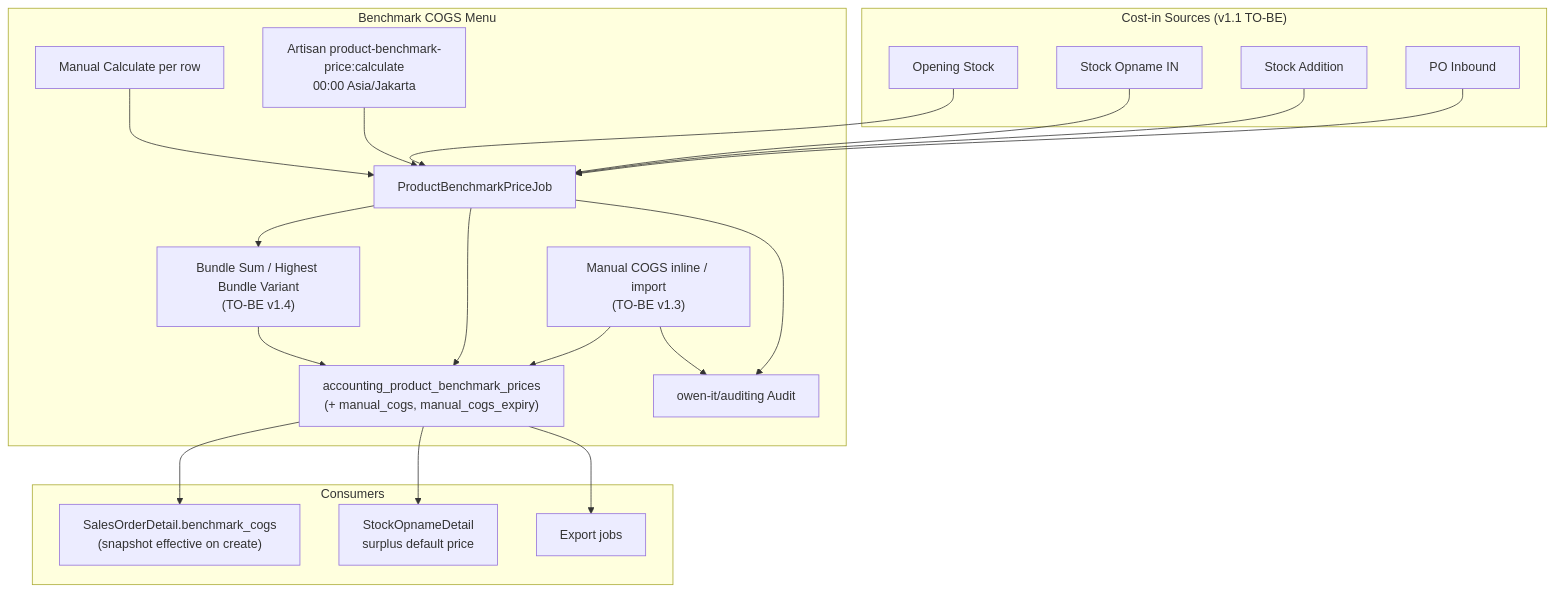
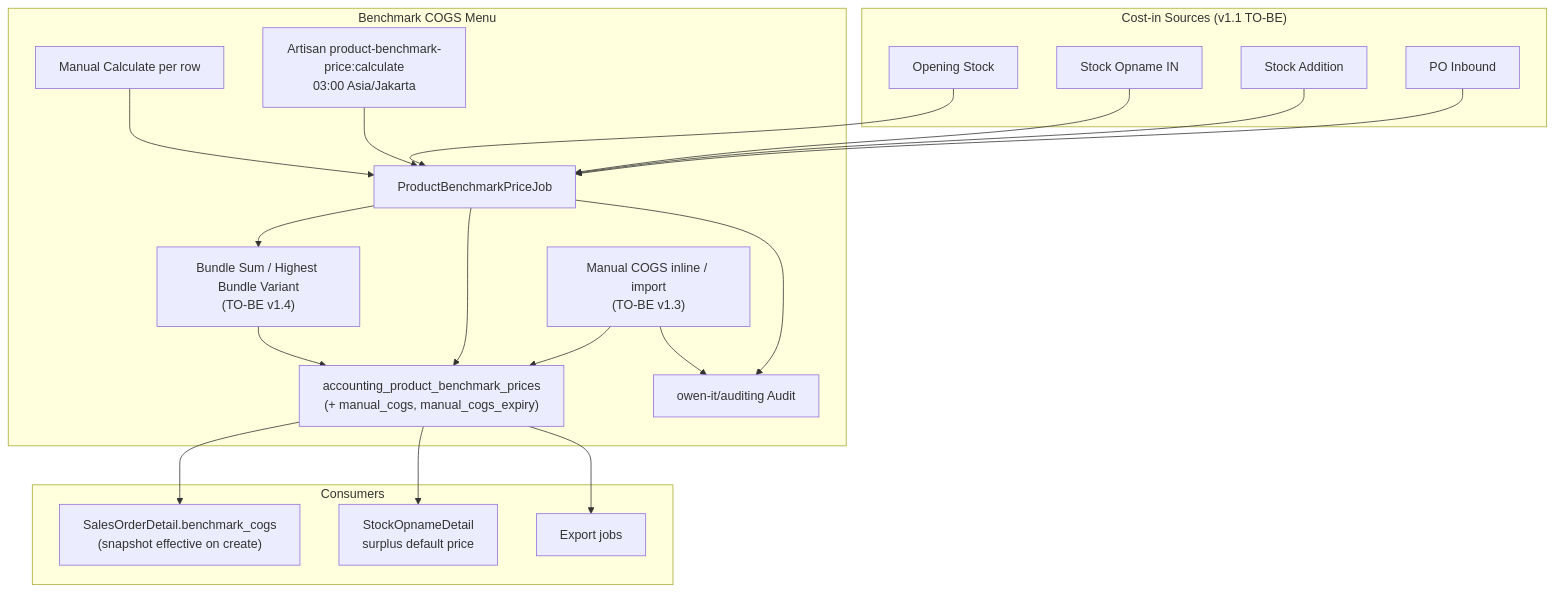
The diagram in qa-docs/accounting-product-benchmark-price/technical.md (yendyr/olshoperp-docs), drawn with Mermaid before and after one commit. The commit also changed other lines of this file and 27 other files, not shown here.

````diff
--- a/qa-docs/accounting-product-benchmark-price/technical.md
+++ b/qa-docs/accounting-product-benchmark-price/technical.md
@@ -33,41 +34,41 @@
 ```mermaid
 flowchart TB
     subgraph Sources["Cost-in Sources (v1.1 TO-BE)"]
         PO["PO Inbound"]
         SA["Stock Addition"]
         SO_IN["Stock Opname IN"]
         OS["Opening Stock"]
     end
 
     subgraph Master["Benchmark COGS Menu"]
-        CMD["Artisan product-benchmark-price:calculate\n00:00 Asia/Jakarta"]
+        CMD["Artisan product-benchmark-price:calculate\n03:00 Asia/Jakarta"]
         MAN["Manual Calculate per row"]
         MANUAL["Manual COGS inline / import\n(TO-BE v1.3)"]
         JOB["ProductBenchmarkPriceJob"]
         BND["Bundle Sum / Highest Bundle Variant\n(TO-BE v1.4)"]
         TBL["accounting_product_benchmark_prices\n(+ manual_cogs, manual_cogs_expiry)"]
         AUD["owen-it/auditing Audit"]
     end
 
     subgraph Consumers["Consumers"]
         SO["SalesOrderDetail.benchmark_cogs\n(snapshot effective on create)"]
         OP["StockOpnameDetail\nsurplus default price"]
         EXP["Export jobs"]
     end
 
     PO --> JOB
     SA --> JOB
     SO_IN --> JOB
     OS --> JOB
     CMD --> JOB
     MAN --> JOB
     JOB --> BND
     MANUAL --> TBL
     JOB --> TBL
     BND --> TBL
     JOB --> AUD
     MANUAL --> AUD
     TBL --> SO
     TBL --> OP
     TBL --> EXP
 ```
````
